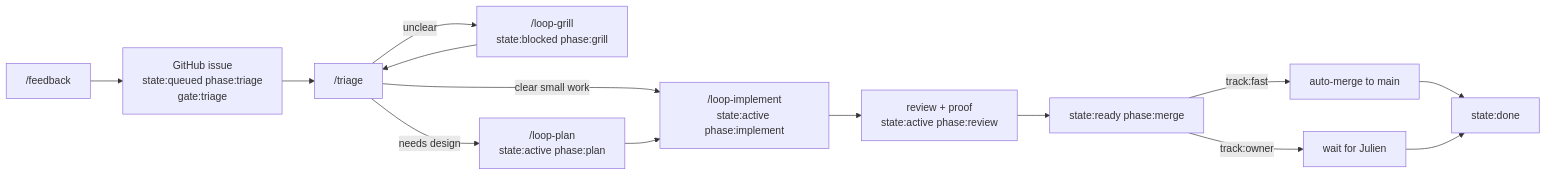
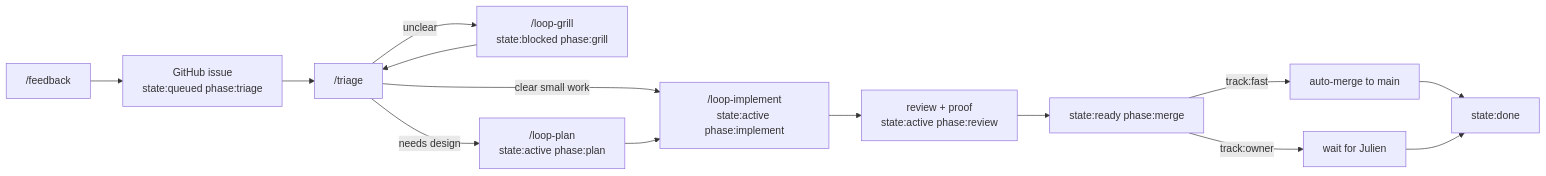
The diagram in docs/kanzen/boring-loop.md (hachej/boring-ui), drawn with Mermaid before and after one commit. The commit also changed other lines of this file and 18 other files, not shown here.

````diff
--- a/docs/kanzen/boring-loop.md
+++ b/docs/kanzen/boring-loop.md
@@ -90,16 +76,16 @@
 ```mermaid
 flowchart LR
-  Feedback["/feedback"] --> Issue["GitHub issue\nstate:queued phase:triage\ngate:triage"]
+  Feedback["/feedback"] --> Issue["GitHub issue\nstate:queued phase:triage"]
   Issue --> Triage["/triage"]
   Triage -->|"unclear"| Grill["/loop-grill\nstate:blocked phase:grill"]
   Grill --> Triage
   Triage -->|"needs design"| Plan["/loop-plan\nstate:active phase:plan"]
   Triage -->|"clear small work"| Implement["/loop-implement\nstate:active phase:implement"]
   Plan --> Implement
   Implement --> Review["review + proof\nstate:active phase:review"]
   Review --> Ready["state:ready phase:merge"]
   Ready -->|"track:fast"| AutoMerge["auto-merge to main"]
   Ready -->|"track:owner"| Owner["wait for Julien"]
   AutoMerge --> Done["state:done"]
   Owner --> Done
 ```
````
